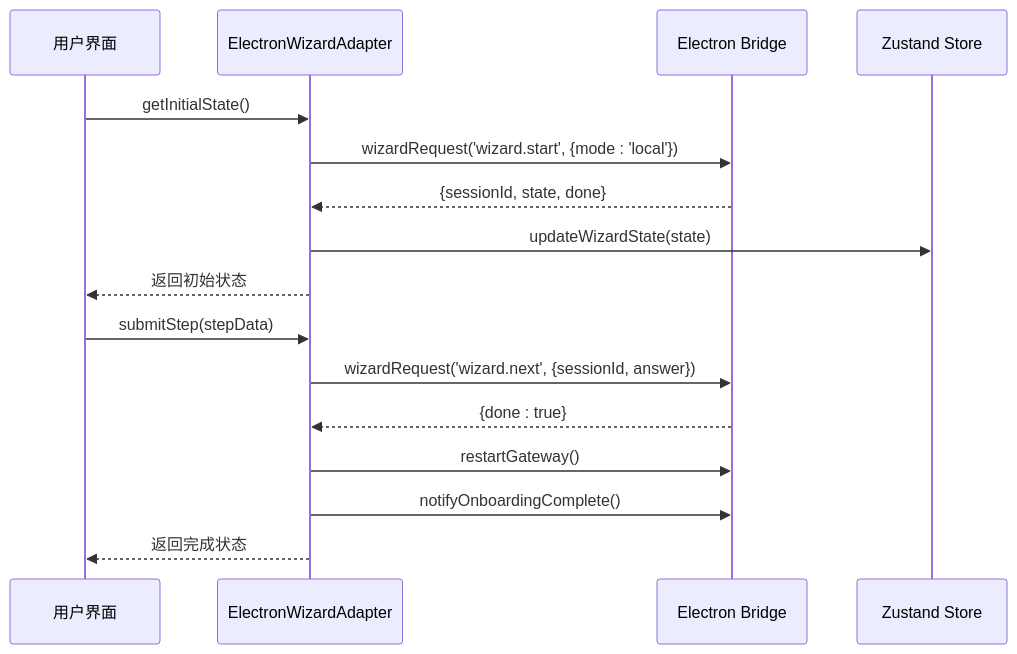
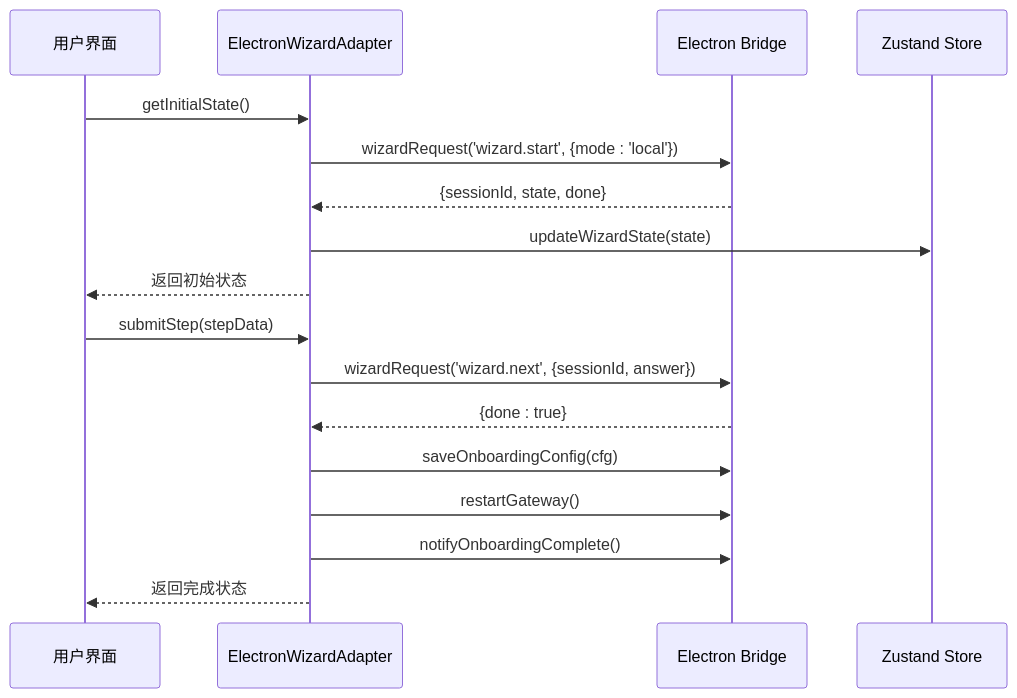
One commit to verse-ai-org/openclaw changed the fifth of 8 diagrams in .qoder/repowiki/zh/content/设置向导适配器.md. Above: the diagram before and after it, drawn with Mermaid. The commit also changed other lines of this file and 34 other files, not shown here.

````diff
--- a/.qoder/repowiki/zh/content/设置向导适配器.md
+++ b/.qoder/repowiki/zh/content/设置向导适配器.md
@@ -235,18 +232,19 @@
 ```mermaid
 sequenceDiagram
 participant UI as 用户界面
 participant Adapter as ElectronWizardAdapter
 participant Bridge as Electron Bridge
 participant Store as Zustand Store
 UI->>Adapter : getInitialState()
 Adapter->>Bridge : wizardRequest('wizard.start', {mode : 'local'})
 Bridge-->>Adapter : {sessionId, state, done}
 Adapter->>Store : updateWizardState(state)
 Adapter-->>UI : 返回初始状态
 UI->>Adapter : submitStep(stepData)
 Adapter->>Bridge : wizardRequest('wizard.next', {sessionId, answer})
 Bridge-->>Adapter : {done : true}
+Adapter->>Bridge : saveOnboardingConfig(cfg)
 Adapter->>Bridge : restartGateway()
 Adapter->>Bridge : notifyOnboardingComplete()
 Adapter-->>UI : 返回完成状态
 ```
````
